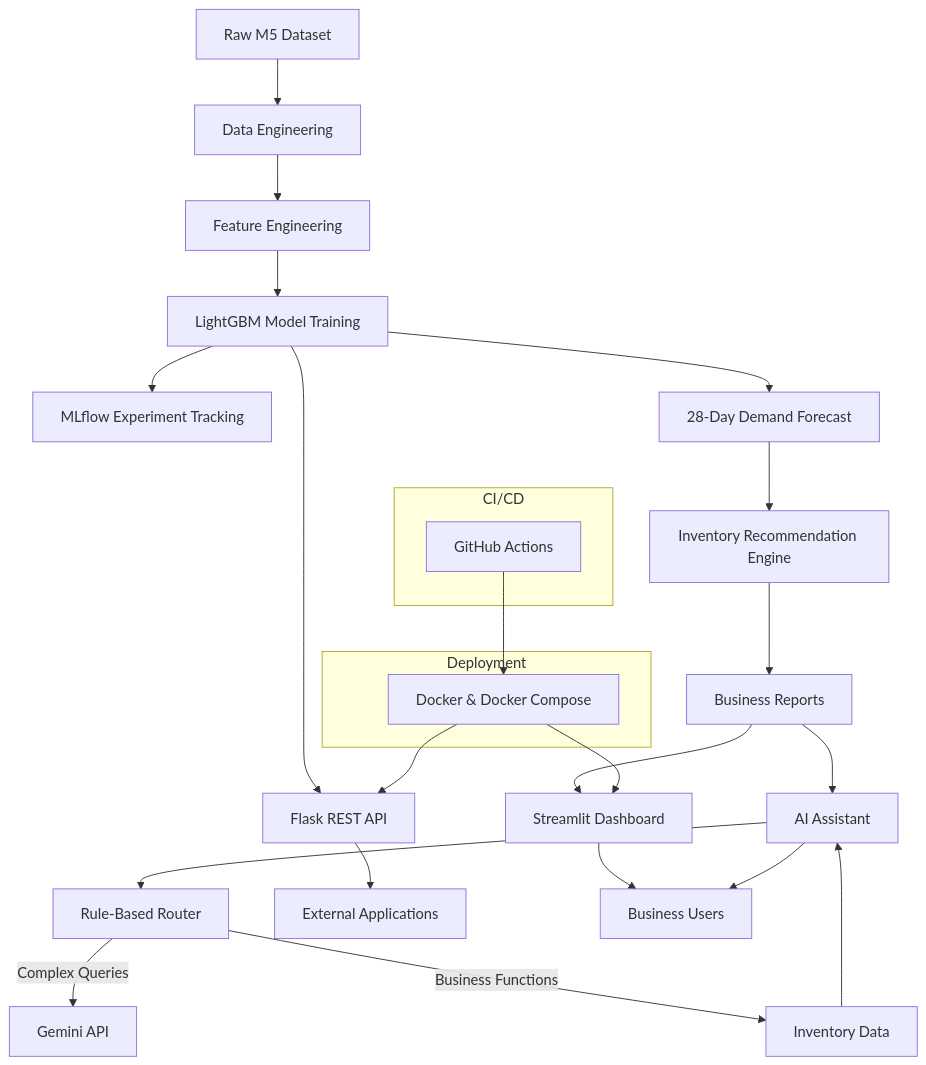
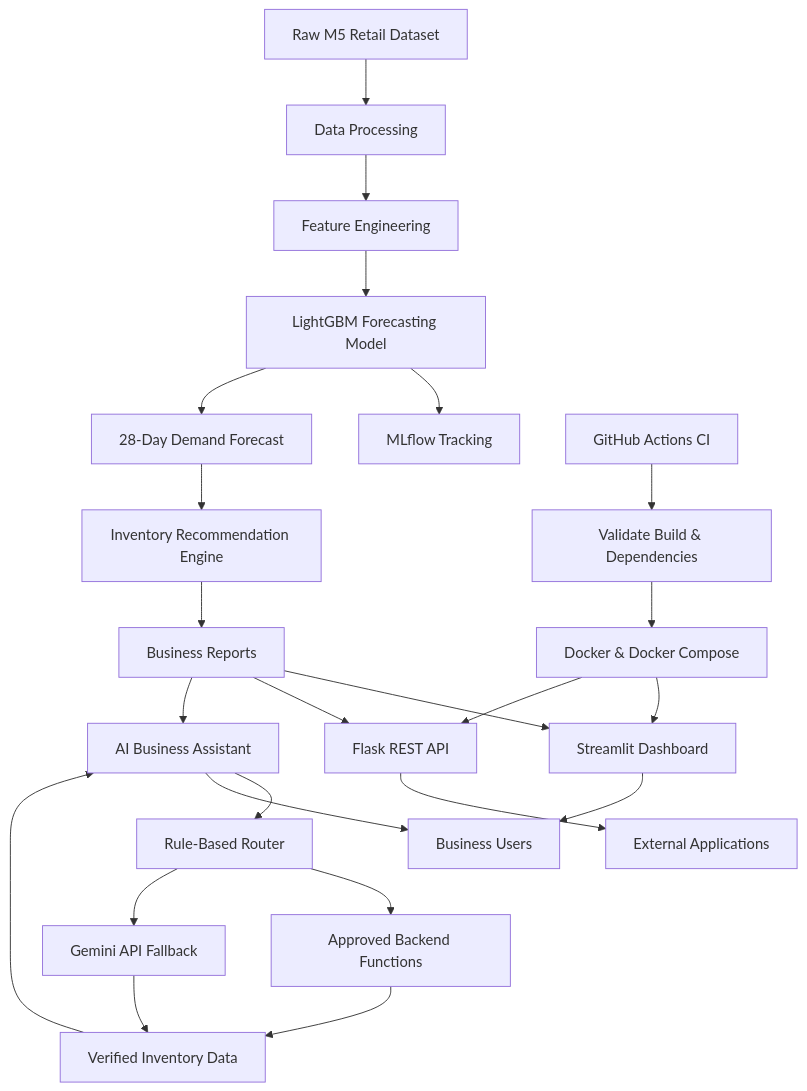
Before and after one commit to hanannazri/Intelligent-Forecasting-MLOps-Platform: the first of 4 diagrams in README.md, drawn with Mermaid.

Commit message:
Update flowchart in README for clarity and accuracy

````diff
--- a/README.md
+++ b/README.md
@@ -130,50 +130,35 @@
 ```mermaid
 flowchart TD
 
-A[Raw M5 Dataset] --> B[Data Engineering]
+A[Raw M5 Retail Dataset] --> B[Data Processing]
+B --> C[Feature Engineering]
+C --> D[LightGBM Forecasting Model]
 
-B --> C[Feature Engineering]
-
-C --> D[LightGBM Model Training]
-
-D --> E[MLflow Experiment Tracking]
-
+D --> E[MLflow Tracking]
 D --> F[28-Day Demand Forecast]
 
 F --> G[Inventory Recommendation Engine]
-
 G --> H[Business Reports]
 
 H --> I[Streamlit Dashboard]
+H --> J[Flask REST API]
+H --> K[AI Business Assistant]
 
-H --> J[AI Assistant]
+K --> L[Rule-Based Router]
+L --> M[Approved Backend Functions]
+L --> N[Gemini API Fallback]
 
-J --> N[Rule-Based Router]
+M --> O[Verified Inventory Data]
+N --> O
+O --> K
 
-N -->|Complex Queries| O[Gemini API]
+I --> P[Business Users]
+K --> P
+J --> Q[External Applications]
 
-N -->|Business Functions| P[Inventory Data]
+R[Docker & Docker Compose] --> I
+R --> J
 
-P --> J
-
-D --> Q[Flask REST API]
-
-Q --> R[External Applications]
-
-I --> S[Business Users]
-
-J --> S
-
-subgraph Deployment
-T[Docker & Docker Compose]
-end
-
-subgraph CI/CD
-U[GitHub Actions]
-end
-
-T --> I
-T --> Q
-
-U --> T
+S[GitHub Actions CI] --> T[Validate Build & Dependencies]
+T --> R
 ```
````
